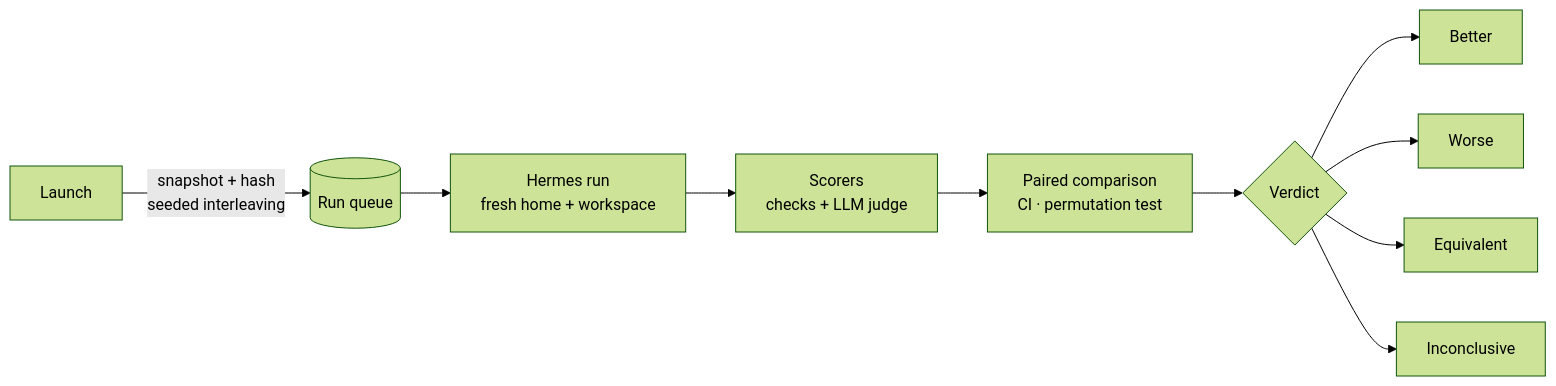
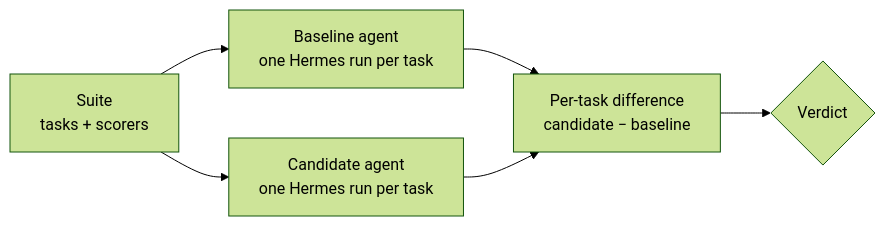
One commit to SahilChoudhary22/higheval changed the diagram in README.md. Above: the diagram before and after it, drawn with Mermaid (forest theme). The commit also changed other lines of this file, not shown here.

First line of the commit message:
docs(readme): make How it works show the paired A/B design

````diff
--- a/README.md
+++ b/README.md
@@ -110,12 +110,8 @@
 ```mermaid
 flowchart LR
-  L[Launch] -->|snapshot + hash<br/>seeded interleaving| Q[(Run queue)]
-  Q --> H[Hermes run<br/>fresh home + workspace]
-  H --> S[Scorers<br/>checks + LLM judge]
-  S --> C[Paired comparison<br/>CI · permutation test]
-  C --> V{Verdict}
-  V --> B[Better]
-  V --> W[Worse]
-  V --> E[Equivalent]
-  V --> I[Inconclusive]
+  S[Suite<br/>tasks + scorers] --> A[Baseline agent<br/>one Hermes run per task]
+  S --> B[Candidate agent<br/>one Hermes run per task]
+  A --> P[Per-task difference<br/>candidate − baseline]
+  B --> P
+  P --> V{Verdict}
 ```
````
